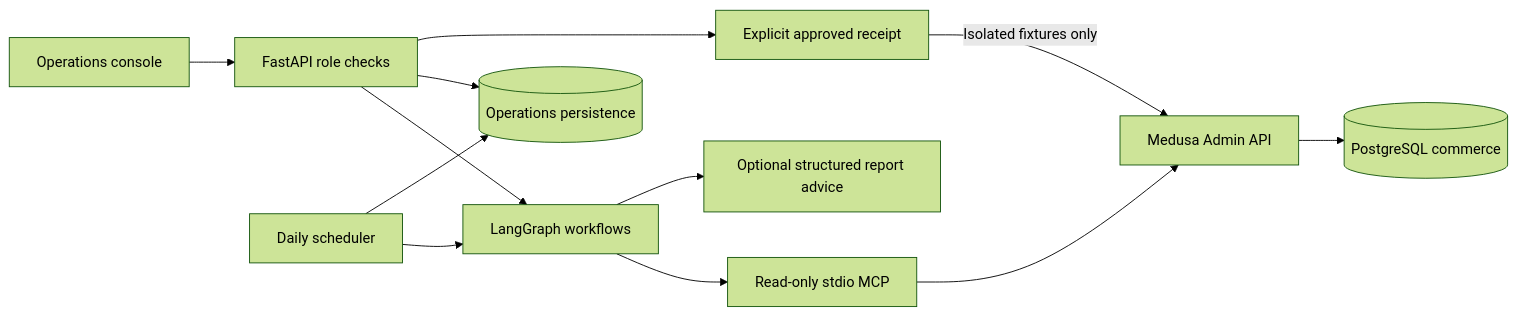
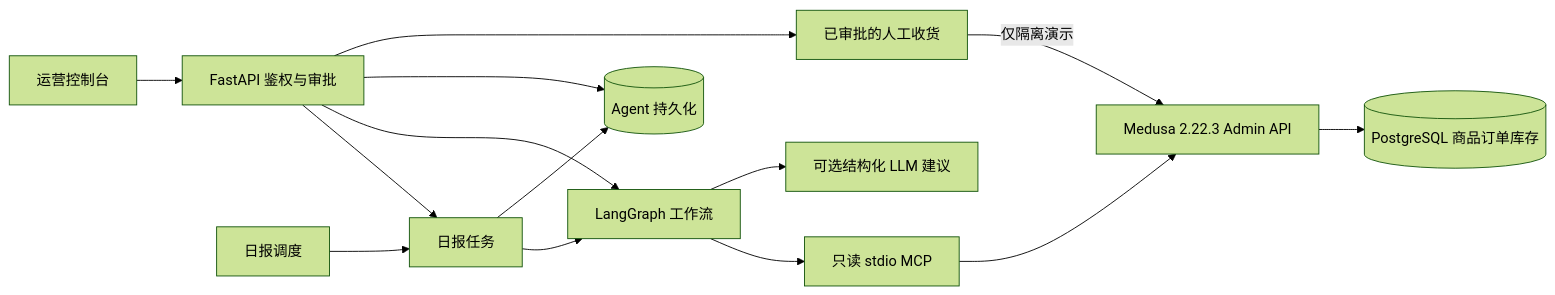
One commit to ZhaoYubao005/-Agent changed the diagram in docs/architecture.md. Above: the diagram before and after it, drawn with Mermaid (forest theme). The commit also changed other lines of this file and 5 other files, not shown here.

````diff
--- a/docs/architecture.md
+++ b/docs/architecture.md
@@ -36,14 +3,16 @@
 ```mermaid
 flowchart LR
-  Browser[Operations console] --> API[FastAPI role checks]
-  Scheduler[Daily scheduler] --> Graph[LangGraph workflows]
+  Browser[运营控制台] --> API[FastAPI 鉴权与审批]
+  Scheduler[日报调度] --> Report[日报任务]
+  API --> Report
+  Report --> Graph[LangGraph 工作流]
   API --> Graph
-  Graph --> MCP[Read-only stdio MCP]
-  MCP --> Medusa[Medusa Admin API]
-  Medusa --> Commerce[(PostgreSQL commerce)]
-  Graph --> Model[Optional structured report advice]
-  API --> Ops[(Operations persistence)]
-  Scheduler --> Ops
-  API --> Receipt[Explicit approved receipt]
-  Receipt -->|Isolated fixtures only| Medusa
+  Graph --> MCP[只读 stdio MCP]
+  MCP --> Medusa[Medusa 2.22.3 Admin API]
+  Medusa --> Commerce[(PostgreSQL 商品订单库存)]
+  Graph --> Model[可选结构化 LLM 建议]
+  API --> Ops[(Agent 持久化)]
+  Report --> Ops
+  API --> Receipt[已审批的人工收货]
+  Receipt -->|仅隔离演示| Medusa
 ```
````
